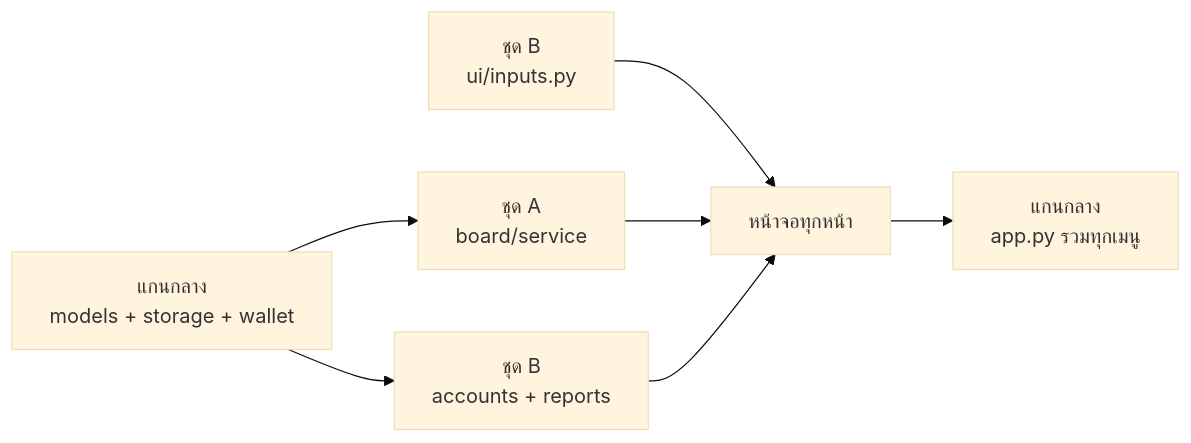
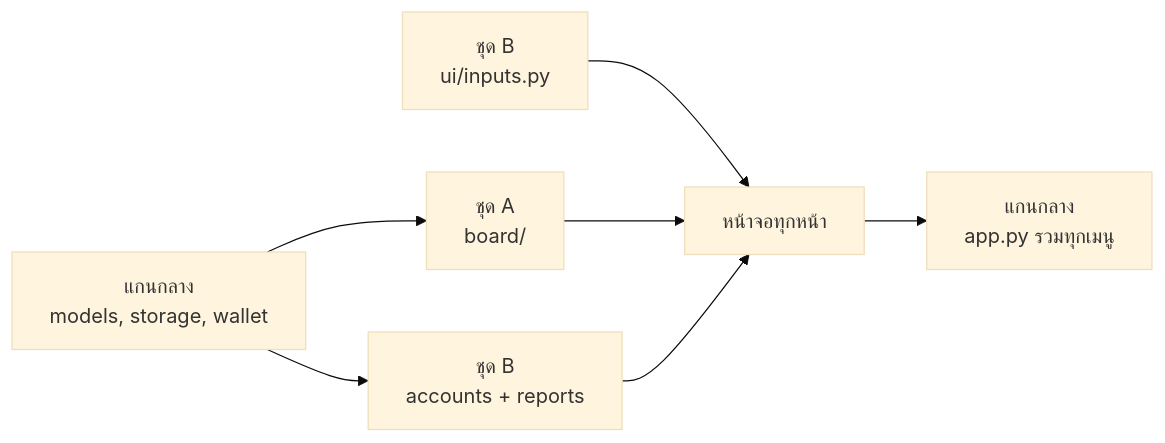
Before and after one commit to ZoFirsT/ChuayNoi: the diagram in docs/tasks/README.md, drawn with Mermaid (base theme). The commit also changed other lines of this file and 44 other files, not shown here.

````diff
--- a/docs/tasks/README.md
+++ b/docs/tasks/README.md
@@ -34,9 +34,9 @@
 ```mermaid
 flowchart LR
+    CORE["แกนกลาง<br/>models, storage, wallet"] --> A1["ชุด A<br/>board/"]
+    CORE --> B2["ชุด B<br/>accounts + reports"]
     B1["ชุด B<br/>ui/inputs.py"] --> M["หน้าจอทุกหน้า"]
-    C1["แกนกลาง<br/>models + storage + wallet"] --> A1["ชุด A<br/>board/service"]
-    C1 --> B2["ชุด B<br/>accounts + reports"]
     A1 --> M
     B2 --> M
     M --> APP["แกนกลาง<br/>app.py รวมทุกเมนู"]
 ```
````
